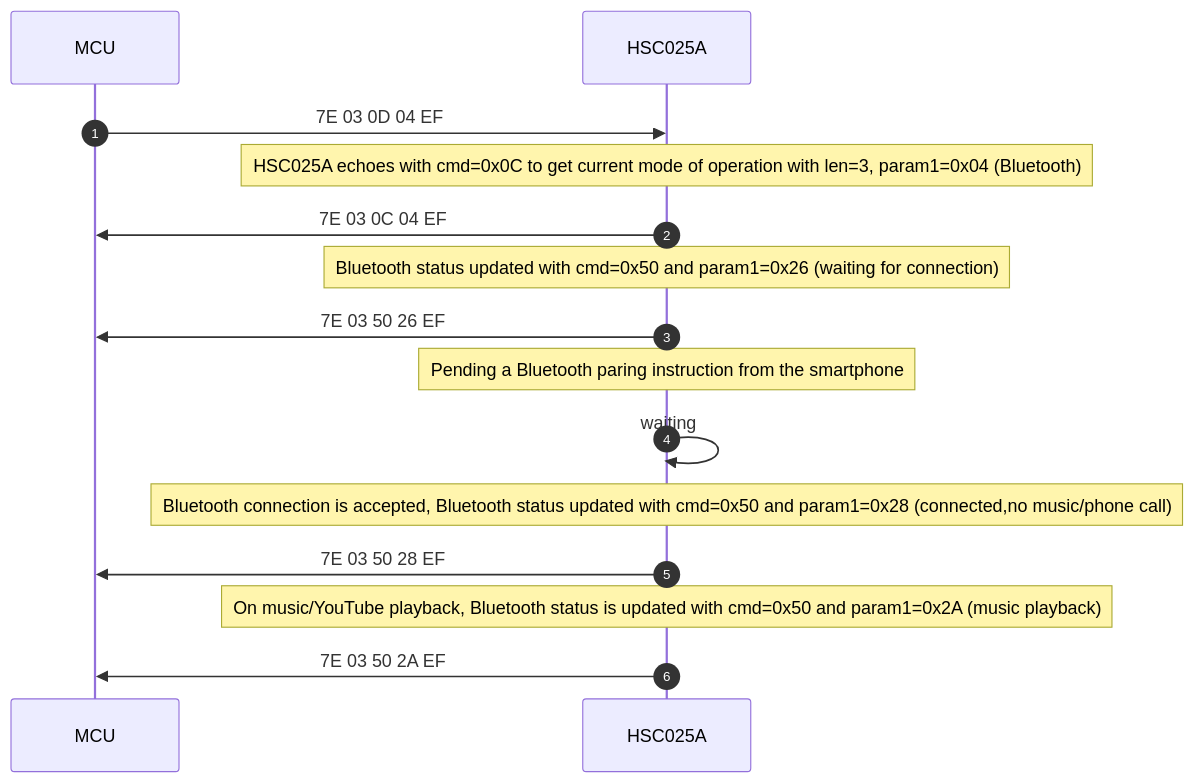
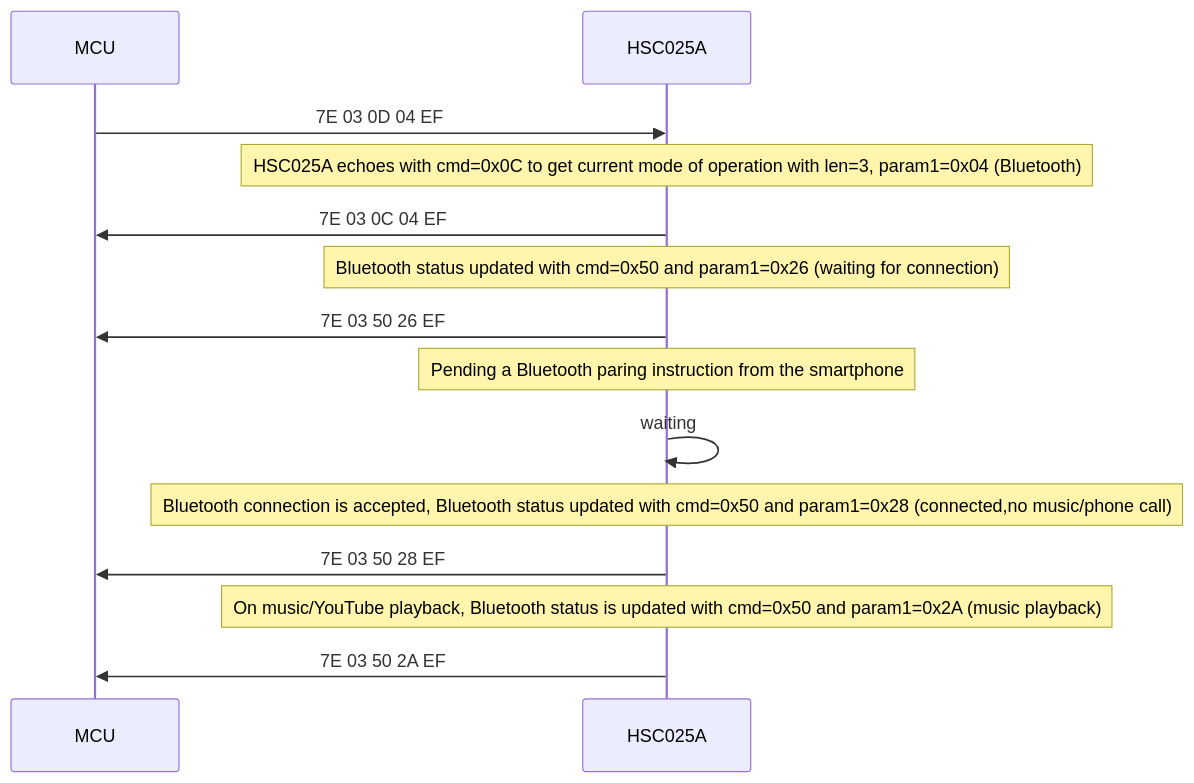
Before and after one commit to techtoys/HSC025A-an-one-dollar-Bluetooth-SoC: the first of 2 diagrams in README.md, drawn with Mermaid.

````diff
--- a/README.md
+++ b/README.md
@@ -147,17 +147,16 @@
 ```mermaid
 sequenceDiagram
-	autonumber
 	participant MCU
 	participant HSC025A
 	MCU->>HSC025A: 7E 03 0D 04 EF
 	Note over HSC025A: HSC025A echoes with cmd=0x0C to get current mode of operation with len=3, param1=0x04 (Bluetooth)
     HSC025A->>MCU: 7E 03 0C 04 EF
     Note over HSC025A: Bluetooth status updated with cmd=0x50 and param1=0x26 (waiting for connection)
     HSC025A->>MCU: 7E 03 50 26 EF
     Note over HSC025A: Pending a Bluetooth paring instruction from the smartphone
     HSC025A->>HSC025A: waiting
     Note over HSC025A: Bluetooth connection is accepted, Bluetooth status updated with cmd=0x50 and param1=0x28 (connected,no music/phone call)
     HSC025A->>MCU: 7E 03 50 28 EF
     Note over HSC025A: On music/YouTube playback, Bluetooth status is updated with cmd=0x50 and param1=0x2A (music playback)
     HSC025A->>MCU: 7E 03 50 2A EF
 ```
````
